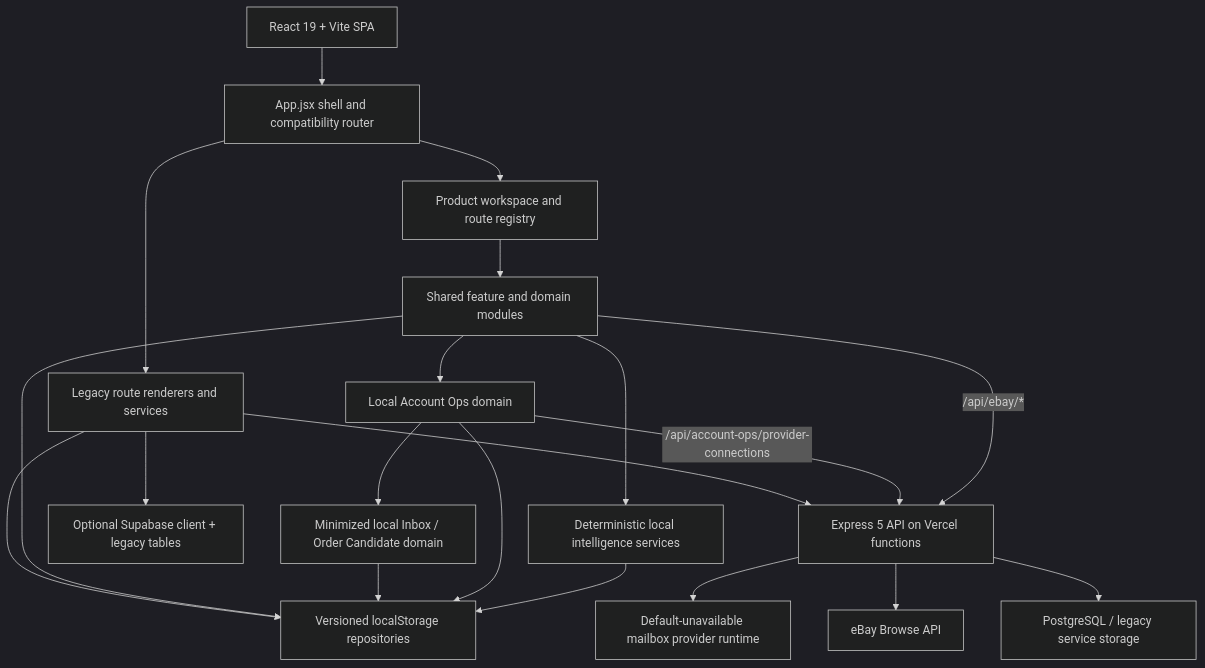
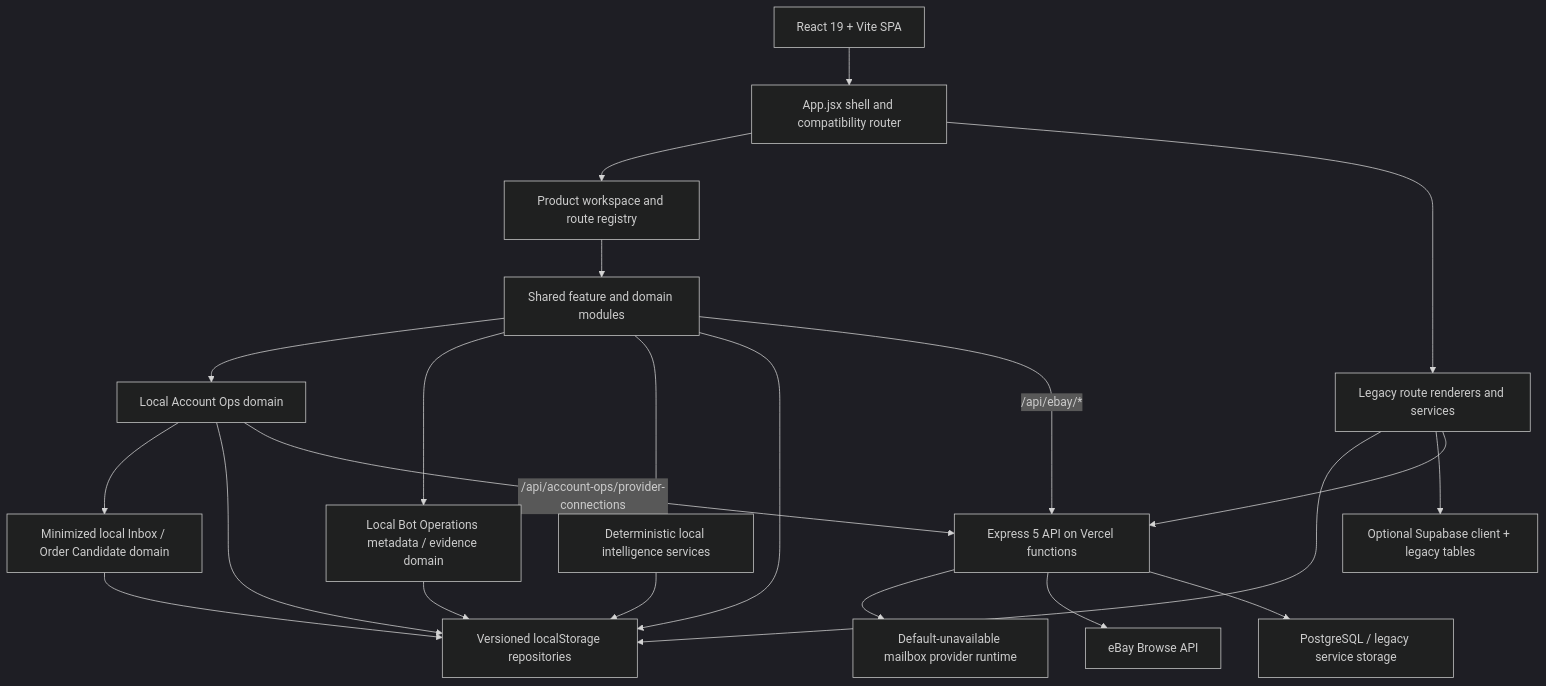
The first of 2 diagrams in docs/ARCHITECTURE.md (zafthegreat-cyber/ember-ledger), drawn with Mermaid (dark theme) before and after one commit. The commit also changed other lines of this file and 62 other files, not shown here.

````diff
--- a/docs/ARCHITECTURE.md
+++ b/docs/ARCHITECTURE.md
@@ -113,37 +131,40 @@
 ```mermaid
 flowchart TD
     Browser["React 19 + Vite SPA"]
     Shell["App.jsx shell and compatibility router"]
     Registry["Product workspace and route registry"]
     Canonical["Shared feature and domain modules"]
     AccountOps["Local Account Ops domain"]
     InboxOrder["Minimized local Inbox / Order Candidate domain"]
+    BotOps["Local Bot Operations metadata / evidence domain"]
     Intelligence["Deterministic local intelligence services"]
     Legacy["Legacy route renderers and services"]
     Local["Versioned localStorage repositories"]
     Supabase["Optional Supabase client + legacy tables"]
     API["Express 5 API on Vercel functions"]
     ProviderRuntime["Default-unavailable mailbox provider runtime"]
     Ebay["eBay Browse API"]
     Postgres["PostgreSQL / legacy service storage"]
 
     Browser --> Shell
     Shell --> Registry
     Registry --> Canonical
     Canonical --> AccountOps
     AccountOps --> InboxOrder
+    Canonical --> BotOps
     Shell --> Legacy
     Canonical --> Intelligence
     Intelligence --> Local
     AccountOps --> Local
     InboxOrder --> Local
+    BotOps --> Local
     Canonical --> Local
     Legacy --> Local
     Legacy --> Supabase
     Canonical -->|"/api/ebay/*"| API
     AccountOps -->|"/api/account-ops/provider-connections"| API
     API --> ProviderRuntime
     Legacy --> API
     API --> Ebay
     API --> Postgres
 ```
````
